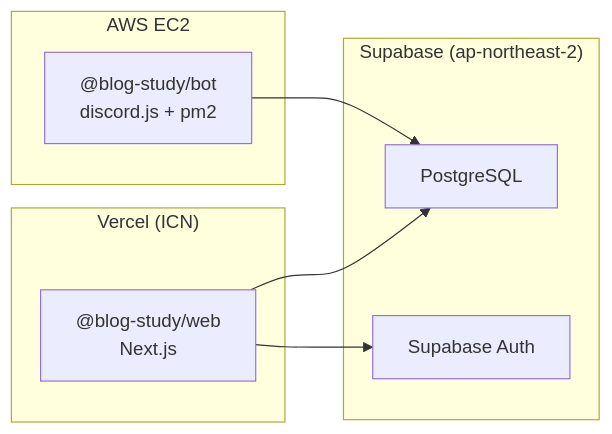
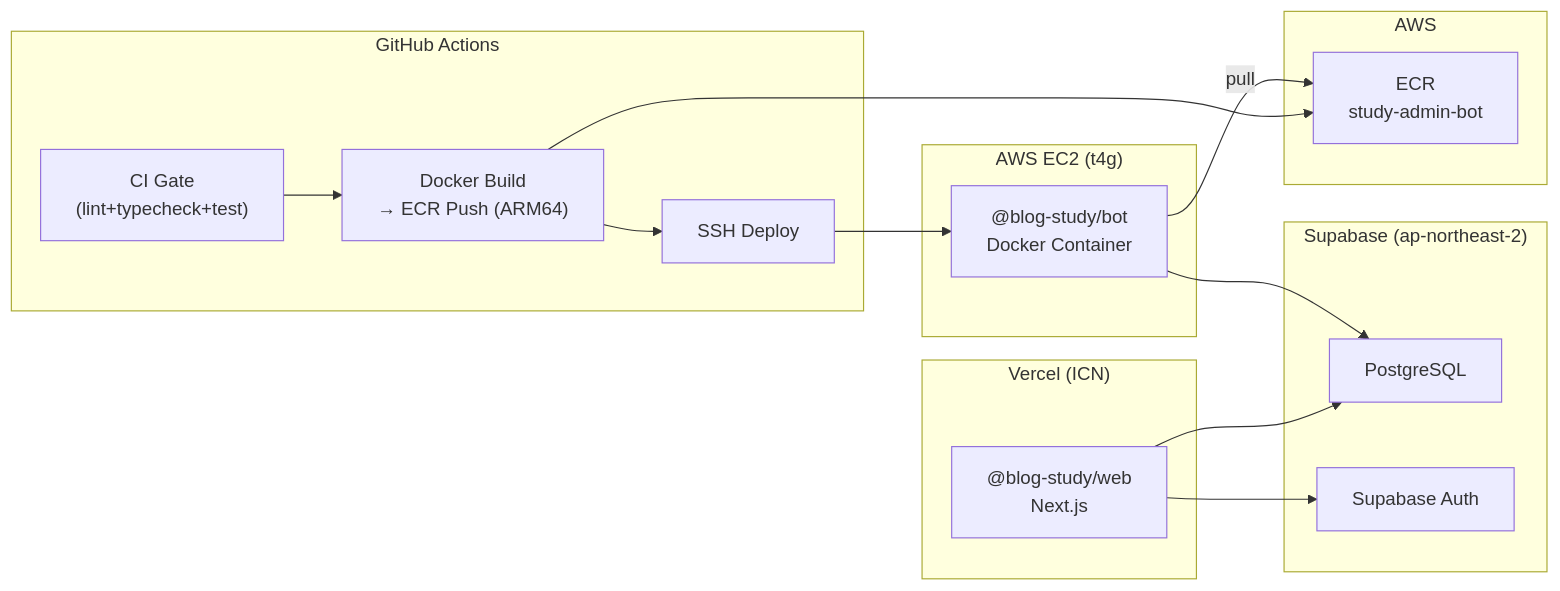
Before and after one commit to bbbang105/study-admin: the ninth of 9 diagrams in docs/ARCHITECTURE.md, drawn with Mermaid. The commit also changed other lines of this file and 6 other files, not shown here.

First line of the commit message:
feat: 봇 Docker/ECR 배포 파이프라인 구축 및 Railway 제거 (#36)

````diff
--- a/docs/ARCHITECTURE.md
+++ b/docs/ARCHITECTURE.md
@@ -436,19 +436,34 @@
 ```mermaid
 graph LR
+    subgraph GHA["GitHub Actions"]
+        CI["CI Gate<br/>(lint+typecheck+test)"]
+        ECR_PUSH["Docker Build<br/>→ ECR Push (ARM64)"]
+        SSH["SSH Deploy"]
+    end
+
     subgraph Vercel["Vercel (ICN)"]
         WEB_DEPLOY["@blog-study/web<br/>Next.js"]
     end
 
-    subgraph EC2["AWS EC2"]
-        BOT_DEPLOY["@blog-study/bot<br/>discord.js + pm2"]
+    subgraph EC2["AWS EC2 (t4g)"]
+        BOT_DEPLOY["@blog-study/bot<br/>Docker Container"]
+    end
+
+    subgraph AWS["AWS"]
+        ECR["ECR<br/>study-admin-bot"]
     end
 
     subgraph Supabase["Supabase (ap-northeast-2)"]
         PG["PostgreSQL"]
         SA["Supabase Auth"]
     end
 
+    CI --> ECR_PUSH
+    ECR_PUSH --> ECR
+    ECR_PUSH --> SSH
+    SSH --> BOT_DEPLOY
+    BOT_DEPLOY -->|pull| ECR
     WEB_DEPLOY --> PG
     WEB_DEPLOY --> SA
     BOT_DEPLOY --> PG
 ```
````
